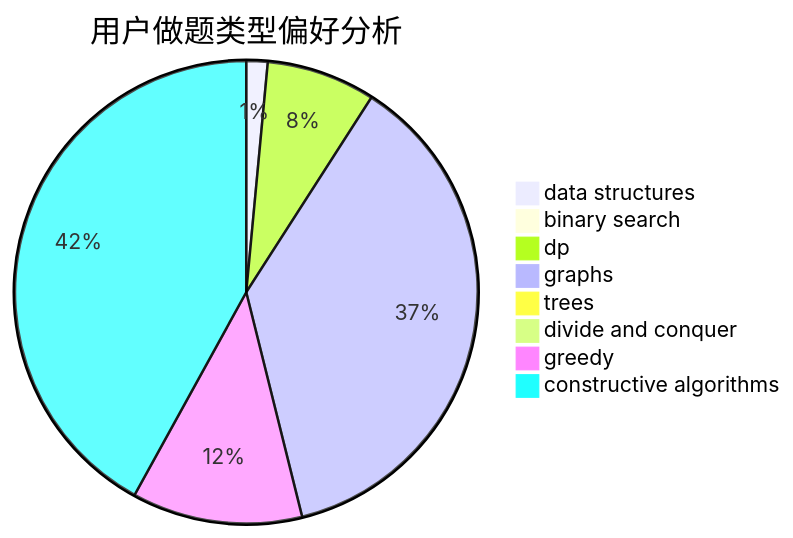
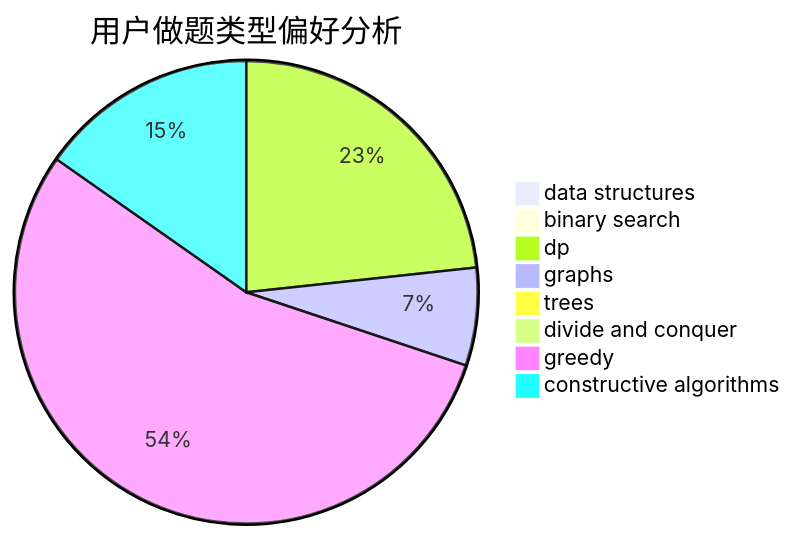
One commit to sherpahu/cfrs.github.io changed the second of 3 diagrams in docs/user/u1505.md. Above: the diagram before and after it, drawn with Mermaid. The commit also changed other lines of this file and 2770 other files, not shown here.

````diff
--- a/docs/user/u1505.md
+++ b/docs/user/u1505.md
@@ -23,11 +23,11 @@
 ```mermaid
 pie title 用户做题类型偏好分析
-    "data structures" :  9
-    "binary search" :  1
-    "dp" :  46
-    "graphs" :  224
-    "trees" :  6
+    "data structures" :  2
+    "binary search" :  0
+    "dp" :  58
+    "graphs" :  17
+    "trees" :  2
     "divide and conquer" :  0
-    "greedy" :  72
-    "constructive algorithms" :  254
+    "greedy" :  136
+    "constructive algorithms" :  38
 ```
````
